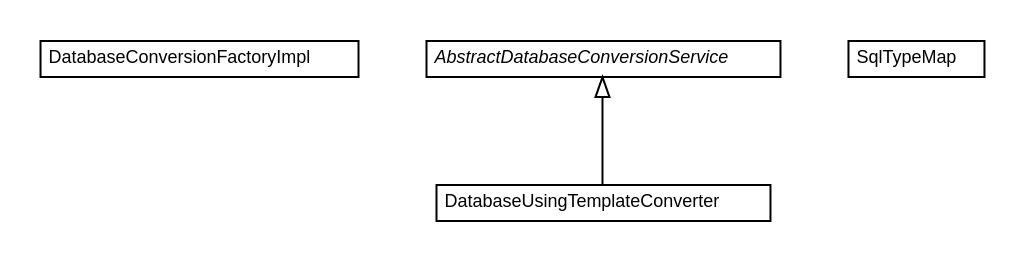
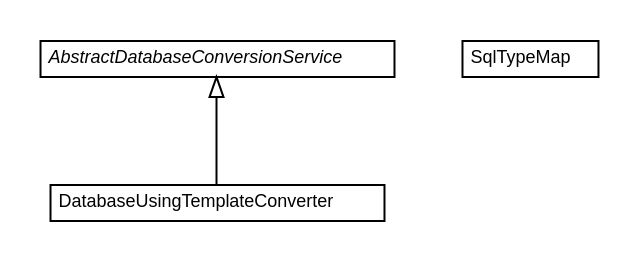
Before and after one commit to willmorejg/net.ljcomputing.database: the diagram in docs/javadoc/apidocs/net/ljcomputing/database/servcie/impl/net.ljcomputing.database.servcie.impl.dot, drawn with Graphviz. The commit also changed 94 other files, not shown here.

```diff
--- a/docs/javadoc/apidocs/net/ljcomputing/database/servcie/impl/net.ljcomputing.database.servcie.impl.dot
+++ b/docs/javadoc/apidocs/net/ljcomputing/database/servcie/impl/net.ljcomputing.database.servcie.impl.dot
@@ -1,38 +1,32 @@
 #!/usr/local/bin/dot
 #
 # Class diagram 
 # Generated by UMLGraph version R5_6 (http://www.umlgraph.org/)
 #
 
 digraph G {
 	edge [fontname="Helvetica",fontsize=10,labelfontname="Helvetica",labelfontsize=10];
 	node [fontname="Helvetica",fontsize=10,shape=plaintext];
 	nodesep=0.25;
 	ranksep=0.5;
-	// net.ljcomputing.database.servcie.impl.DatabaseConversionFactoryImpl
-	c15 [label=<<table title="net.ljcomputing.database.servcie.impl.DatabaseConversionFactoryImpl" border="0" cellborder="1" cellspacing="0" cellpadding="2" port="p" href="./DatabaseConversionFactoryImpl.html">
-		<tr><td><table border="0" cellspacing="0" cellpadding="1">
-<tr><td align="center" balign="center"> DatabaseConversionFactoryImpl </td></tr>
-		</table></td></tr>
-		</table>>, URL="./DatabaseConversionFactoryImpl.html", fontname="Helvetica", fontcolor="black", fontsize=9.0];
 	// net.ljcomputing.database.servcie.impl.DatabaseUsingTemplateConverter
-	c16 [label=<<table title="net.ljcomputing.database.servcie.impl.DatabaseUsingTemplateConverter" border="0" cellborder="1" cellspacing="0" cellpadding="2" port="p" href="./DatabaseUsingTemplateConverter.html">
+	c0 [label=<<table title="net.ljcomputing.database.servcie.impl.DatabaseUsingTemplateConverter" border="0" cellborder="1" cellspacing="0" cellpadding="2" port="p" href="./DatabaseUsingTemplateConverter.html">
 		<tr><td><table border="0" cellspacing="0" cellpadding="1">
 <tr><td align="center" balign="center"> DatabaseUsingTemplateConverter </td></tr>
 		</table></td></tr>
 		</table>>, URL="./DatabaseUsingTemplateConverter.html", fontname="Helvetica", fontcolor="black", fontsize=9.0];
 	// net.ljcomputing.database.servcie.impl.AbstractDatabaseConversionService
-	c17 [label=<<table title="net.ljcomputing.database.servcie.impl.AbstractDatabaseConversionService" border="0" cellborder="1" cellspacing="0" cellpadding="2" port="p" href="./AbstractDatabaseConversionService.html">
+	c1 [label=<<table title="net.ljcomputing.database.servcie.impl.AbstractDatabaseConversionService" border="0" cellborder="1" cellspacing="0" cellpadding="2" port="p" href="./AbstractDatabaseConversionService.html">
 		<tr><td><table border="0" cellspacing="0" cellpadding="1">
 <tr><td align="center" balign="center"><font face="Helvetica-Oblique"> AbstractDatabaseConversionService </font></td></tr>
 		</table></td></tr>
 		</table>>, URL="./AbstractDatabaseConversionService.html", fontname="Helvetica", fontcolor="black", fontsize=9.0];
 	// net.ljcomputing.database.servcie.impl.SqlTypeMap
-	c18 [label=<<table title="net.ljcomputing.database.servcie.impl.SqlTypeMap" border="0" cellborder="1" cellspacing="0" cellpadding="2" port="p" href="./SqlTypeMap.html">
+	c2 [label=<<table title="net.ljcomputing.database.servcie.impl.SqlTypeMap" border="0" cellborder="1" cellspacing="0" cellpadding="2" port="p" href="./SqlTypeMap.html">
 		<tr><td><table border="0" cellspacing="0" cellpadding="1">
 <tr><td align="center" balign="center"> SqlTypeMap </td></tr>
 		</table></td></tr>
 		</table>>, URL="./SqlTypeMap.html", fontname="Helvetica", fontcolor="black", fontsize=9.0];
 	//net.ljcomputing.database.servcie.impl.DatabaseUsingTemplateConverter extends net.ljcomputing.database.servcie.impl.AbstractDatabaseConversionService
-	c17:p -> c16:p [dir=back,arrowtail=empty];
+	c1:p -> c0:p [dir=back,arrowtail=empty];
 }
```
